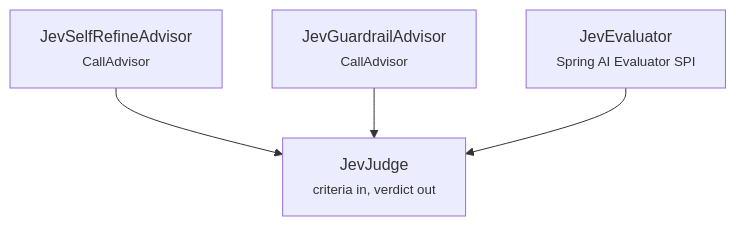
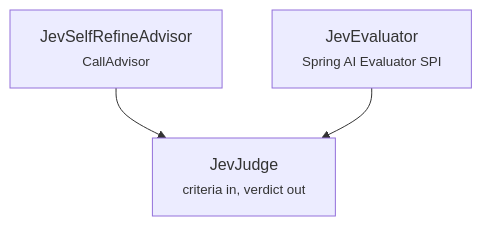
Before and after one commit to spring-ai-community/spring-ai-typesafe: the second of 3 diagrams in docs/judge/JevJudge.md, drawn with Mermaid. The commit also changed other lines of this file and 13 other files, not shown here.

````diff
--- a/docs/judge/JevJudge.md
+++ b/docs/judge/JevJudge.md
@@ -100,10 +103,8 @@
 ```mermaid
 flowchart TB
     J["JevJudge<br/><small>criteria in, verdict out</small>"]
     S["JevSelfRefineAdvisor<br/><small>CallAdvisor</small>"]
-    G["JevGuardrailAdvisor<br/><small>CallAdvisor</small>"]
     E["JevEvaluator<br/><small>Spring AI Evaluator SPI</small>"]
     S --> J
-    G --> J
     E --> J
 ```
````
